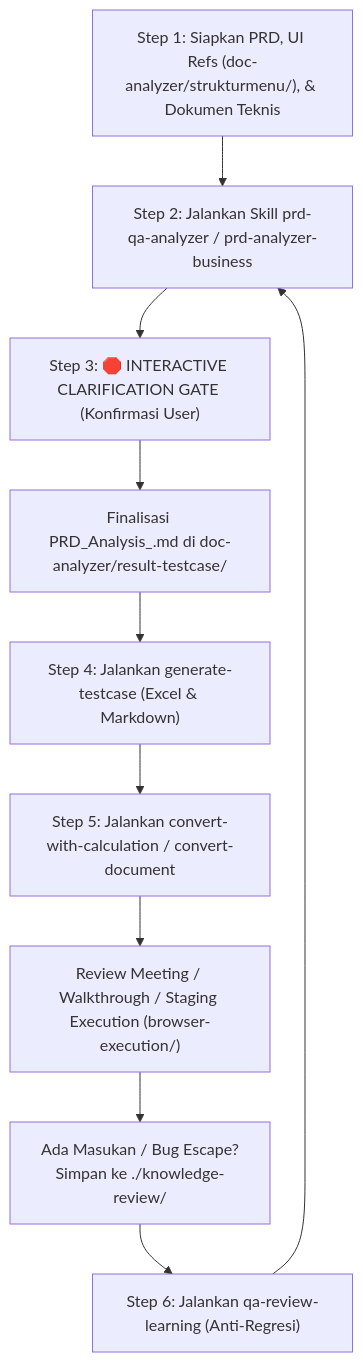
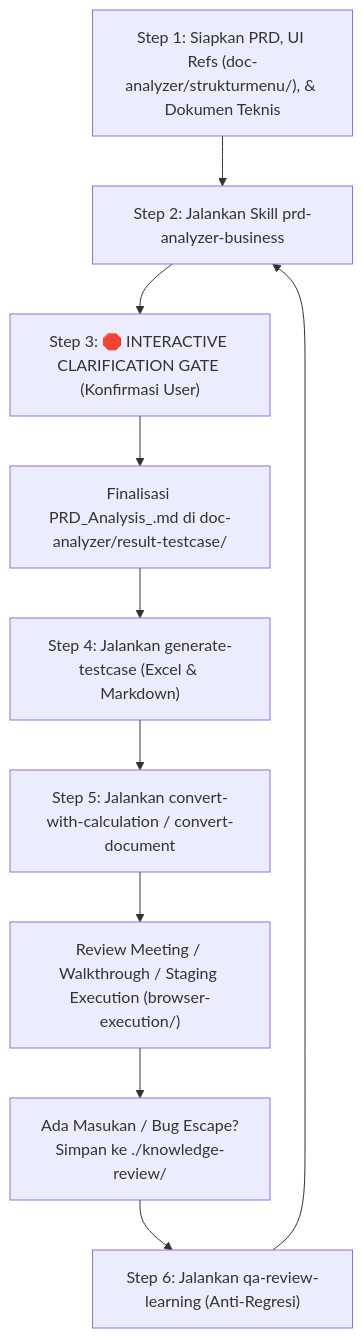
Before and after one commit to fadlyady/prdanalyzer: the diagram in README.md, drawn with Mermaid. The commit also changed other lines of this file and 3 other files, not shown here.

First line of the commit message:
refactor(foundation): arsipkan prd-qa-analyzer, prd-analyzer-business jadi satu-satunya skill analisa

````diff
--- a/README.md
+++ b/README.md
@@ -98,12 +97,12 @@
 ```mermaid
 graph TD
-    A["Step 1: Siapkan PRD, UI Refs (doc-analyzer/strukturmenu/), & Dokumen Teknis"] --> B["Step 2: Jalankan Skill prd-qa-analyzer / prd-analyzer-business"]
+    A["Step 1: Siapkan PRD, UI Refs (doc-analyzer/strukturmenu/), & Dokumen Teknis"] --> B["Step 2: Jalankan Skill prd-analyzer-business"]
     B --> C["Step 3: 🛑 INTERACTIVE CLARIFICATION GATE (Konfirmasi User)"]
     C --> D["Finalisasi PRD_Analysis_<Feature>.md di doc-analyzer/result-testcase/"]
     D --> E["Step 4: Jalankan generate-testcase (Excel & Markdown)"]
     E --> F["Step 5: Jalankan convert-with-calculation / convert-document"]
     F --> G["Review Meeting / Walkthrough / Staging Execution (browser-execution/)"]
     G --> H["Ada Masukan / Bug Escape?<br/>Simpan ke ./knowledge-review/"]
     H --> I["Step 6: Jalankan qa-review-learning (Anti-Regresi)"]
     I --> B
 ```
````
